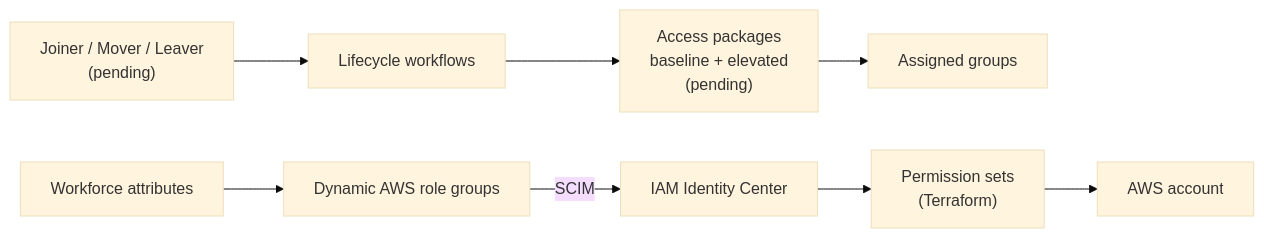
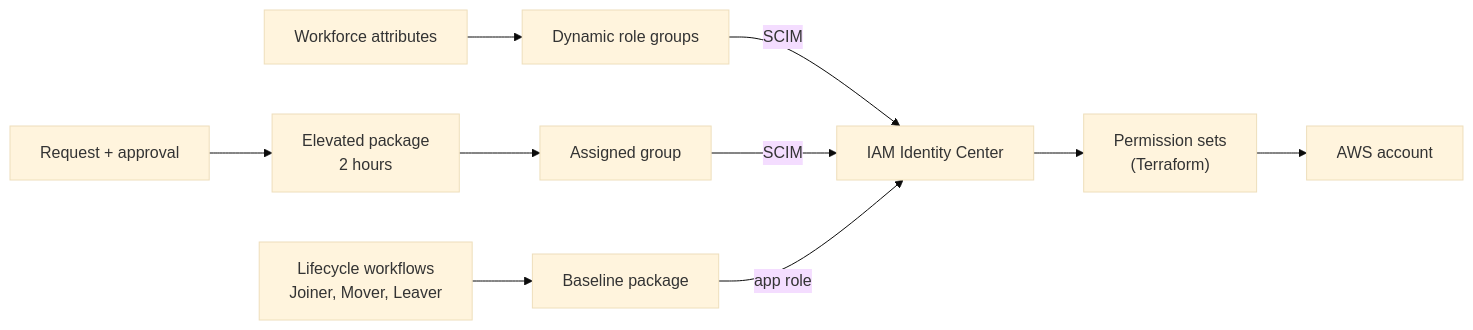
Before and after one commit to sindredg/cross-cloud-entra-aws: the diagram in README.md, drawn with Mermaid (base theme). The commit also changed other lines of this file and 87 other files, not shown here.

First line of the commit message:
docs: close access packages and JML phases (#10)

````diff
--- a/README.md
+++ b/README.md
@@ -14,10 +14,12 @@
 ```mermaid
 flowchart LR
-    Personas["Joiner / Mover / Leaver<br/>(pending)"] --> Lifecycle["Lifecycle workflows"]
-    Lifecycle --> Packages["Access packages<br/>baseline + elevated<br/>(pending)"]
-    Packages --> AppGroups["Assigned groups"]
-    Attributes["Workforce attributes"] --> AWSGroups["Dynamic AWS role groups"]
-    AWSGroups -->|"SCIM"| IC["IAM Identity Center"]
+    Attributes["Workforce attributes"] --> Dynamic["Dynamic role groups"]
+    Workflows["Lifecycle workflows<br/>Joiner, Mover, Leaver"] --> Baseline["Baseline package"]
+    Request["Request + approval"] --> Elevated["Elevated package<br/>2 hours"]
+    Elevated --> Assigned["Assigned group"]
+    Dynamic -->|"SCIM"| IC["IAM Identity Center"]
+    Assigned -->|"SCIM"| IC
+    Baseline -->|"app role"| IC
     IC --> PermSets["Permission sets<br/>(Terraform)"]
     PermSets --> Account["AWS account"]
 ```
````
